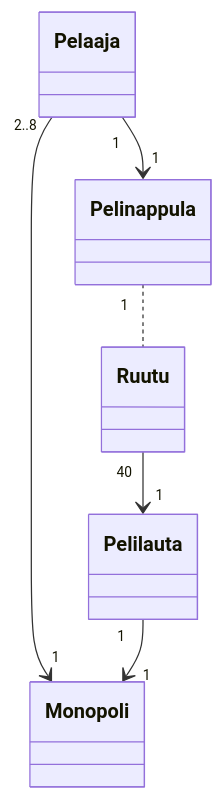
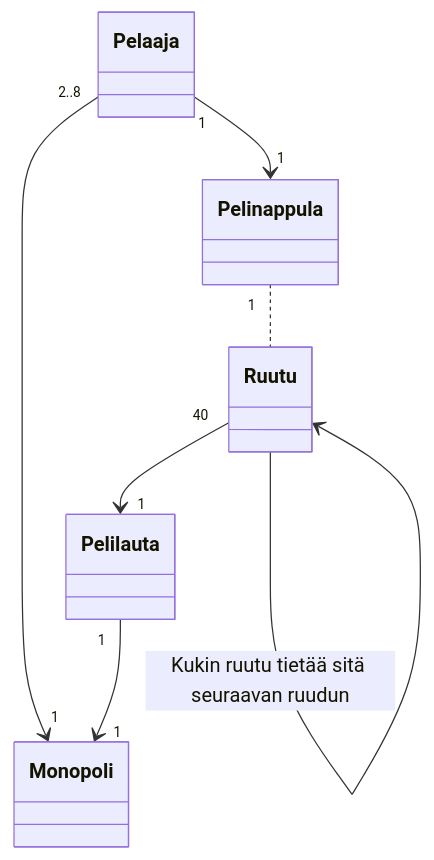
Before and after one commit to kuussant/ot-harjoitustyo: the diagram in laskarit/viikko3/monopoli.md, drawn with Mermaid.

````diff
--- a/laskarit/viikko3/monopoli.md
+++ b/laskarit/viikko3/monopoli.md
@@ -1,8 +1,9 @@
 ```mermaid
   classDiagram
       Pelaaja "2..8" --> "1" Monopoli
       Pelilauta "1" --> "1" Monopoli
       Ruutu "40" --> "1" Pelilauta
+      Ruutu --> Ruutu : Kukin ruutu tietää sitä seuraavan ruudun
       Pelaaja "1" --> "1" Pelinappula
       Pelinappula "1" .. Ruutu
 ```
````
